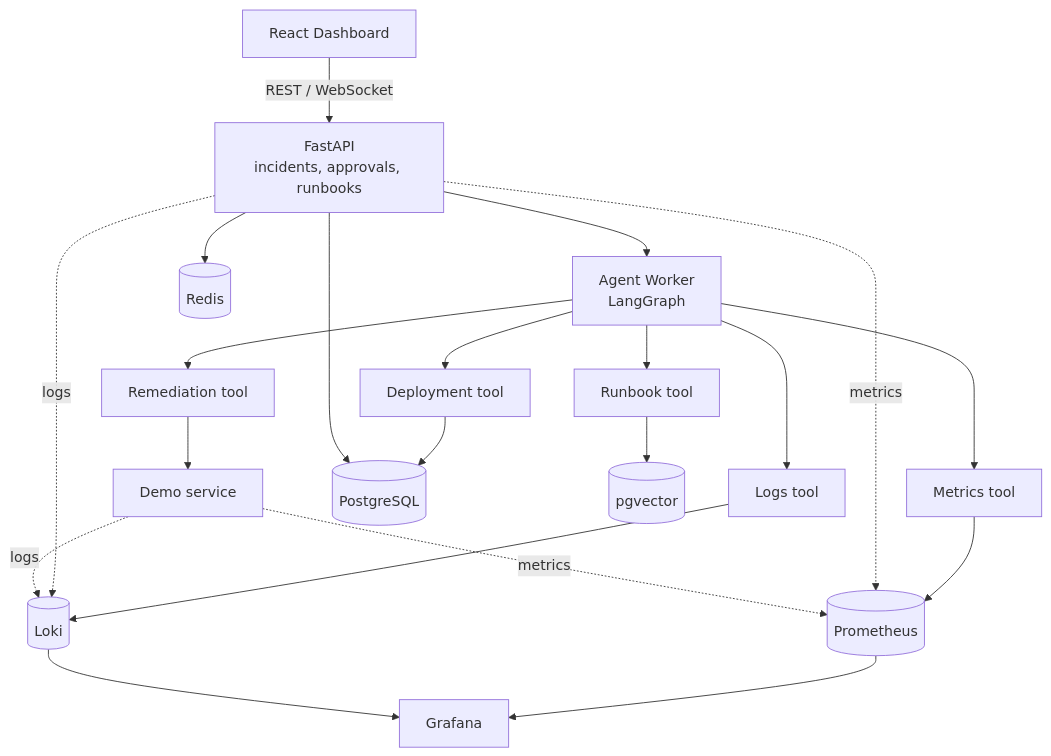
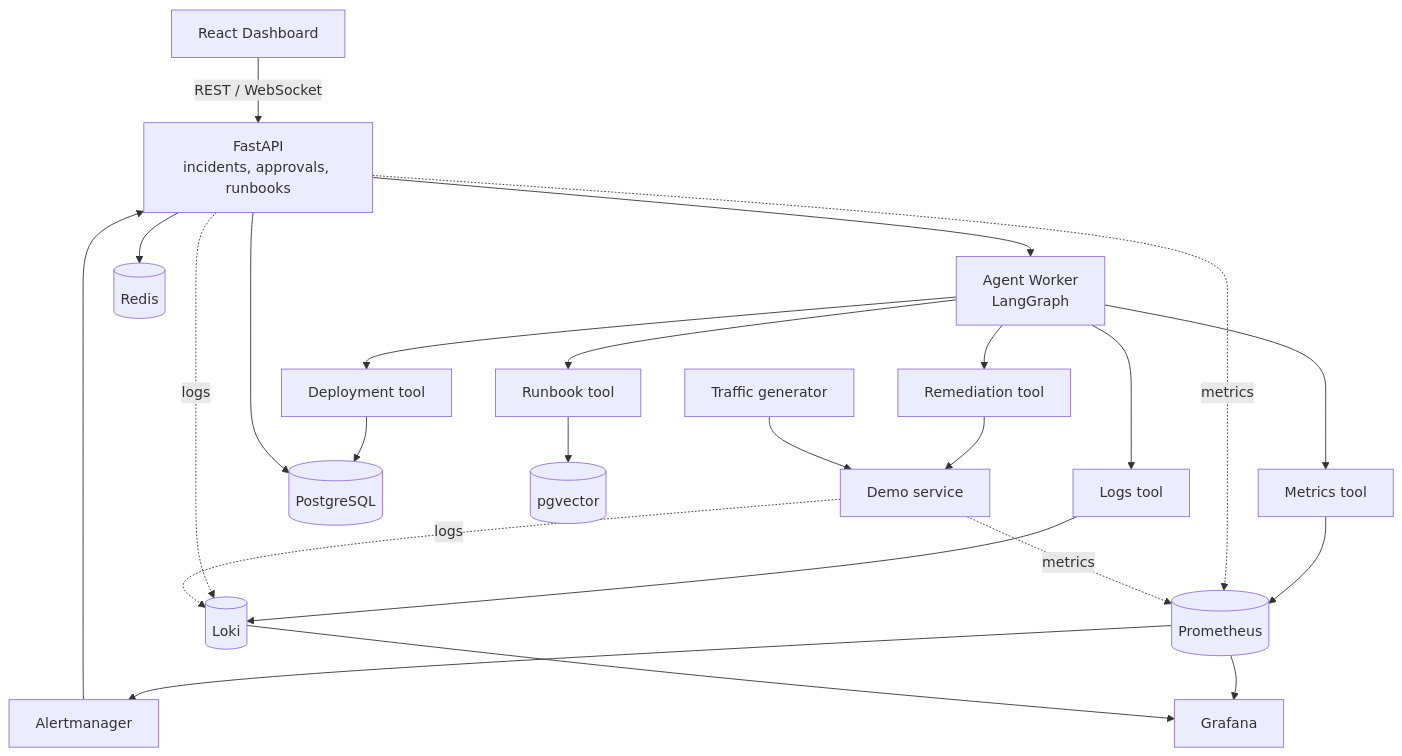
One commit to Ltuan126/AI-Incident-Response-Copilot changed the diagram in README.md. Above: the diagram before and after it, drawn with Mermaid. The commit also changed other lines of this file and 15 other files, not shown here.

````diff
--- a/README.md
+++ b/README.md
@@ -77,21 +78,23 @@
 ```mermaid
 flowchart TD
     UI[React Dashboard] -->|REST / WebSocket| API[FastAPI<br/>incidents, approvals, runbooks]
     API --> WORKER[Agent Worker<br/>LangGraph]
 
     WORKER --> M[Metrics tool] --> PROM[(Prometheus)]
     WORKER --> L[Logs tool] --> LOKI[(Loki)]
     WORKER --> D[Deployment tool] --> PG[(PostgreSQL)]
     WORKER --> R[Runbook tool] --> VEC[(pgvector)]
     WORKER --> X[Remediation tool] --> DEMO[Demo service]
 
     API --> PG
     API --> REDIS[(Redis)]
 
     API -.metrics.-> PROM
     DEMO -.metrics.-> PROM
+    TRAFFIC[Traffic generator] --> DEMO
+    PROM --> AM[Alertmanager] --> API
     API -.logs.-> LOKI
     DEMO -.logs.-> LOKI
     PROM --> GRAF[Grafana]
     LOKI --> GRAF
 ```
````
